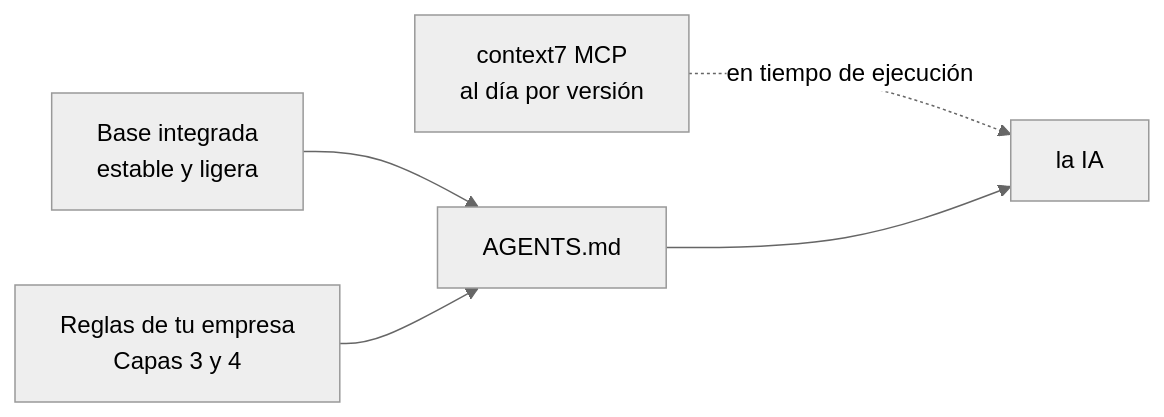
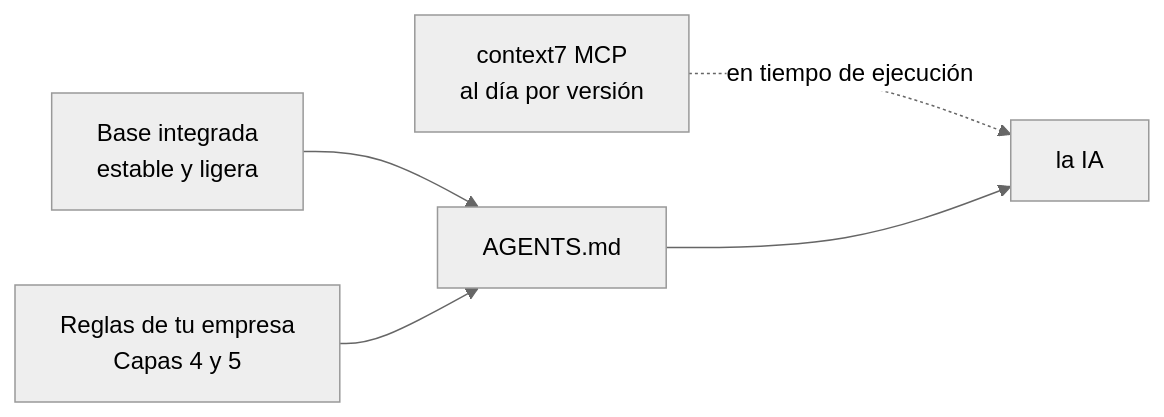
The third of 4 diagrams in README.es.md (grojof/ai-workspace-generator), drawn with Mermaid (neutral theme) before and after one commit. The commit also changed other lines of this file and 25 other files, not shown here.

````diff
--- a/README.es.md
+++ b/README.es.md
@@ -122,7 +122,7 @@
 ```mermaid
 flowchart LR
   BASE["Base integrada<br/>estable y ligera"] --> AG["AGENTS.md"]
   C7["context7 MCP<br/>al día por versión"] -. en tiempo de ejecución .-> AI[la IA]
-  COMP["Reglas de tu empresa<br/>Capas 3 y 4"] --> AG
+  COMP["Reglas de tu empresa<br/>Capas 4 y 5"] --> AG
   AG --> AI
 ```
````
